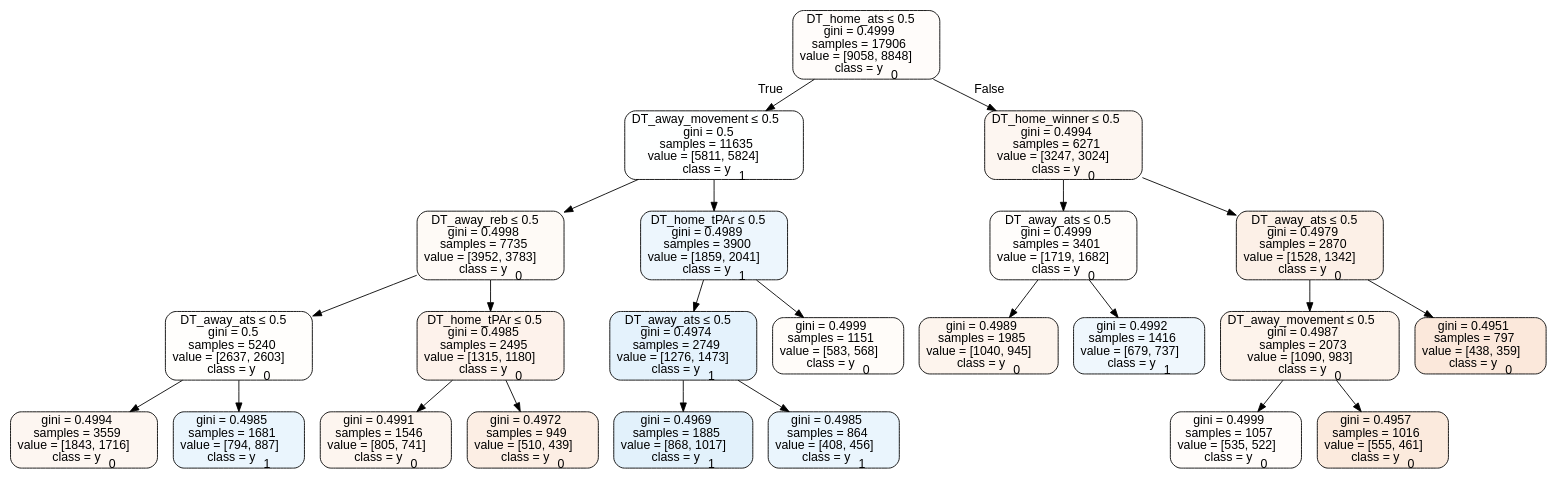
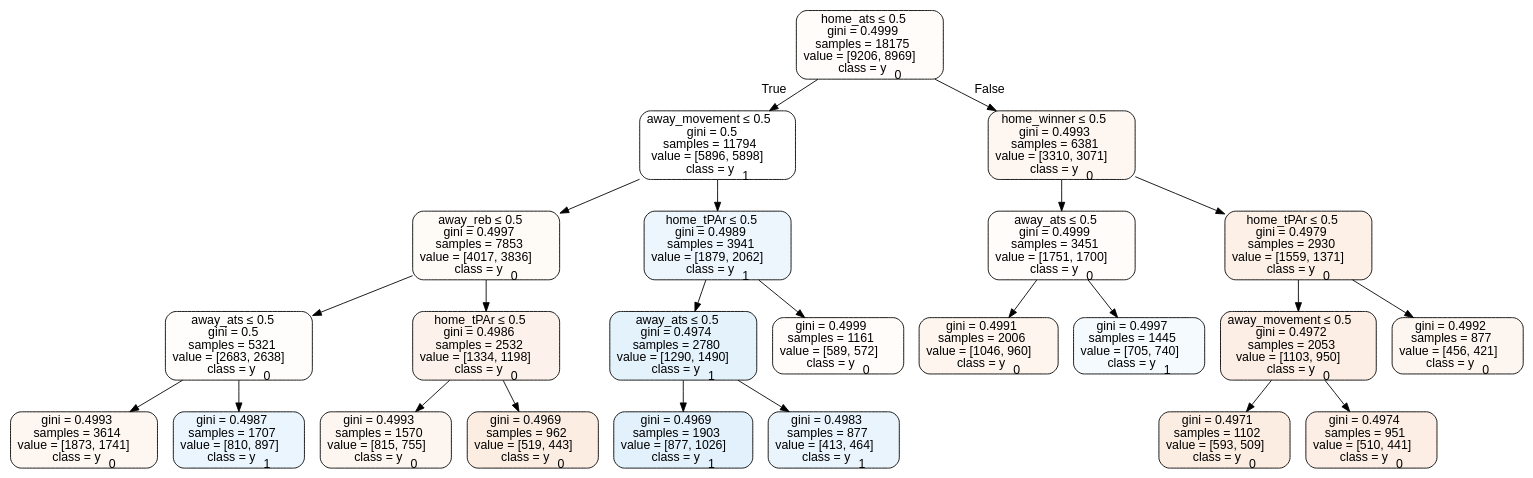
One commit to usbogie/ncaa-bets changed the diagram in Basketball/data/trees/treehome.dot. Above: the diagram before and after it, drawn with Graphviz. The commit also changed 13 other files, not shown here.

```diff
--- a/Basketball/data/trees/treehome.dot
+++ b/Basketball/data/trees/treehome.dot
@@ -1,49 +1,49 @@
 digraph Tree {
 node [shape=box, style="filled, rounded", color="black", fontname=helvetica] ;
 edge [fontname=helvetica] ;
-0 [label=<DT_home_ats &le; 0.5<br/>gini = 0.4999<br/>samples = 17906<br/>value = [9058, 8848]<br/>class = y<SUB>0</SUB>>, fillcolor="#e5813906"] ;
-1 [label=<DT_away_movement &le; 0.5<br/>gini = 0.5<br/>samples = 11635<br/>value = [5811, 5824]<br/>class = y<SUB>1</SUB>>, fillcolor="#399de501"] ;
+0 [label=<home_ats &le; 0.5<br/>gini = 0.4999<br/>samples = 18175<br/>value = [9206, 8969]<br/>class = y<SUB>0</SUB>>, fillcolor="#e5813907"] ;
+1 [label=<away_movement &le; 0.5<br/>gini = 0.5<br/>samples = 11794<br/>value = [5896, 5898]<br/>class = y<SUB>1</SUB>>, fillcolor="#399de500"] ;
 0 -> 1 [labeldistance=2.5, labelangle=45, headlabel="True"] ;
-2 [label=<DT_away_reb &le; 0.5<br/>gini = 0.4998<br/>samples = 7735<br/>value = [3952, 3783]<br/>class = y<SUB>0</SUB>>, fillcolor="#e581390b"] ;
+2 [label=<away_reb &le; 0.5<br/>gini = 0.4997<br/>samples = 7853<br/>value = [4017, 3836]<br/>class = y<SUB>0</SUB>>, fillcolor="#e581390b"] ;
 1 -> 2 ;
-3 [label=<DT_away_ats &le; 0.5<br/>gini = 0.5<br/>samples = 5240<br/>value = [2637, 2603]<br/>class = y<SUB>0</SUB>>, fillcolor="#e5813903"] ;
+3 [label=<away_ats &le; 0.5<br/>gini = 0.5<br/>samples = 5321<br/>value = [2683, 2638]<br/>class = y<SUB>0</SUB>>, fillcolor="#e5813904"] ;
 2 -> 3 ;
-4 [label=<gini = 0.4994<br/>samples = 3559<br/>value = [1843, 1716]<br/>class = y<SUB>0</SUB>>, fillcolor="#e5813912"] ;
+4 [label=<gini = 0.4993<br/>samples = 3614<br/>value = [1873, 1741]<br/>class = y<SUB>0</SUB>>, fillcolor="#e5813912"] ;
 3 -> 4 ;
-5 [label=<gini = 0.4985<br/>samples = 1681<br/>value = [794, 887]<br/>class = y<SUB>1</SUB>>, fillcolor="#399de51b"] ;
+5 [label=<gini = 0.4987<br/>samples = 1707<br/>value = [810, 897]<br/>class = y<SUB>1</SUB>>, fillcolor="#399de519"] ;
 3 -> 5 ;
-6 [label=<DT_home_tPAr &le; 0.5<br/>gini = 0.4985<br/>samples = 2495<br/>value = [1315, 1180]<br/>class = y<SUB>0</SUB>>, fillcolor="#e581391a"] ;
+6 [label=<home_tPAr &le; 0.5<br/>gini = 0.4986<br/>samples = 2532<br/>value = [1334, 1198]<br/>class = y<SUB>0</SUB>>, fillcolor="#e581391a"] ;
 2 -> 6 ;
-7 [label=<gini = 0.4991<br/>samples = 1546<br/>value = [805, 741]<br/>class = y<SUB>0</SUB>>, fillcolor="#e5813914"] ;
+7 [label=<gini = 0.4993<br/>samples = 1570<br/>value = [815, 755]<br/>class = y<SUB>0</SUB>>, fillcolor="#e5813913"] ;
 6 -> 7 ;
-8 [label=<gini = 0.4972<br/>samples = 949<br/>value = [510, 439]<br/>class = y<SUB>0</SUB>>, fillcolor="#e5813923"] ;
+8 [label=<gini = 0.4969<br/>samples = 962<br/>value = [519, 443]<br/>class = y<SUB>0</SUB>>, fillcolor="#e5813925"] ;
 6 -> 8 ;
-9 [label=<DT_home_tPAr &le; 0.5<br/>gini = 0.4989<br/>samples = 3900<br/>value = [1859, 2041]<br/>class = y<SUB>1</SUB>>, fillcolor="#399de517"] ;
+9 [label=<home_tPAr &le; 0.5<br/>gini = 0.4989<br/>samples = 3941<br/>value = [1879, 2062]<br/>class = y<SUB>1</SUB>>, fillcolor="#399de517"] ;
 1 -> 9 ;
-10 [label=<DT_away_ats &le; 0.5<br/>gini = 0.4974<br/>samples = 2749<br/>value = [1276, 1473]<br/>class = y<SUB>1</SUB>>, fillcolor="#399de522"] ;
+10 [label=<away_ats &le; 0.5<br/>gini = 0.4974<br/>samples = 2780<br/>value = [1290, 1490]<br/>class = y<SUB>1</SUB>>, fillcolor="#399de522"] ;
 9 -> 10 ;
-11 [label=<gini = 0.4969<br/>samples = 1885<br/>value = [868, 1017]<br/>class = y<SUB>1</SUB>>, fillcolor="#399de525"] ;
+11 [label=<gini = 0.4969<br/>samples = 1903<br/>value = [877, 1026]<br/>class = y<SUB>1</SUB>>, fillcolor="#399de525"] ;
 10 -> 11 ;
-12 [label=<gini = 0.4985<br/>samples = 864<br/>value = [408, 456]<br/>class = y<SUB>1</SUB>>, fillcolor="#399de51b"] ;
+12 [label=<gini = 0.4983<br/>samples = 877<br/>value = [413, 464]<br/>class = y<SUB>1</SUB>>, fillcolor="#399de51c"] ;
 10 -> 12 ;
-13 [label=<gini = 0.4999<br/>samples = 1151<br/>value = [583, 568]<br/>class = y<SUB>0</SUB>>, fillcolor="#e5813907"] ;
+13 [label=<gini = 0.4999<br/>samples = 1161<br/>value = [589, 572]<br/>class = y<SUB>0</SUB>>, fillcolor="#e5813907"] ;
 9 -> 13 ;
-14 [label=<DT_home_winner &le; 0.5<br/>gini = 0.4994<br/>samples = 6271<br/>value = [3247, 3024]<br/>class = y<SUB>0</SUB>>, fillcolor="#e5813912"] ;
+14 [label=<home_winner &le; 0.5<br/>gini = 0.4993<br/>samples = 6381<br/>value = [3310, 3071]<br/>class = y<SUB>0</SUB>>, fillcolor="#e5813912"] ;
 0 -> 14 [labeldistance=2.5, labelangle=-45, headlabel="False"] ;
-15 [label=<DT_away_ats &le; 0.5<br/>gini = 0.4999<br/>samples = 3401<br/>value = [1719, 1682]<br/>class = y<SUB>0</SUB>>, fillcolor="#e5813905"] ;
+15 [label=<away_ats &le; 0.5<br/>gini = 0.4999<br/>samples = 3451<br/>value = [1751, 1700]<br/>class = y<SUB>0</SUB>>, fillcolor="#e5813907"] ;
 14 -> 15 ;
-16 [label=<gini = 0.4989<br/>samples = 1985<br/>value = [1040, 945]<br/>class = y<SUB>0</SUB>>, fillcolor="#e5813917"] ;
+16 [label=<gini = 0.4991<br/>samples = 2006<br/>value = [1046, 960]<br/>class = y<SUB>0</SUB>>, fillcolor="#e5813915"] ;
 15 -> 16 ;
-17 [label=<gini = 0.4992<br/>samples = 1416<br/>value = [679, 737]<br/>class = y<SUB>1</SUB>>, fillcolor="#399de514"] ;
+17 [label=<gini = 0.4997<br/>samples = 1445<br/>value = [705, 740]<br/>class = y<SUB>1</SUB>>, fillcolor="#399de50c"] ;
 15 -> 17 ;
-18 [label=<DT_away_ats &le; 0.5<br/>gini = 0.4979<br/>samples = 2870<br/>value = [1528, 1342]<br/>class = y<SUB>0</SUB>>, fillcolor="#e581391f"] ;
+18 [label=<home_tPAr &le; 0.5<br/>gini = 0.4979<br/>samples = 2930<br/>value = [1559, 1371]<br/>class = y<SUB>0</SUB>>, fillcolor="#e581391f"] ;
 14 -> 18 ;
-19 [label=<DT_away_movement &le; 0.5<br/>gini = 0.4987<br/>samples = 2073<br/>value = [1090, 983]<br/>class = y<SUB>0</SUB>>, fillcolor="#e5813919"] ;
+19 [label=<away_movement &le; 0.5<br/>gini = 0.4972<br/>samples = 2053<br/>value = [1103, 950]<br/>class = y<SUB>0</SUB>>, fillcolor="#e5813923"] ;
 18 -> 19 ;
-20 [label=<gini = 0.4999<br/>samples = 1057<br/>value = [535, 522]<br/>class = y<SUB>0</SUB>>, fillcolor="#e5813906"] ;
+20 [label=<gini = 0.4971<br/>samples = 1102<br/>value = [593, 509]<br/>class = y<SUB>0</SUB>>, fillcolor="#e5813924"] ;
 19 -> 20 ;
-21 [label=<gini = 0.4957<br/>samples = 1016<br/>value = [555, 461]<br/>class = y<SUB>0</SUB>>, fillcolor="#e581392b"] ;
+21 [label=<gini = 0.4974<br/>samples = 951<br/>value = [510, 441]<br/>class = y<SUB>0</SUB>>, fillcolor="#e5813922"] ;
 19 -> 21 ;
-22 [label=<gini = 0.4951<br/>samples = 797<br/>value = [438, 359]<br/>class = y<SUB>0</SUB>>, fillcolor="#e581392e"] ;
+22 [label=<gini = 0.4992<br/>samples = 877<br/>value = [456, 421]<br/>class = y<SUB>0</SUB>>, fillcolor="#e5813914"] ;
 18 -> 22 ;
 }
```
